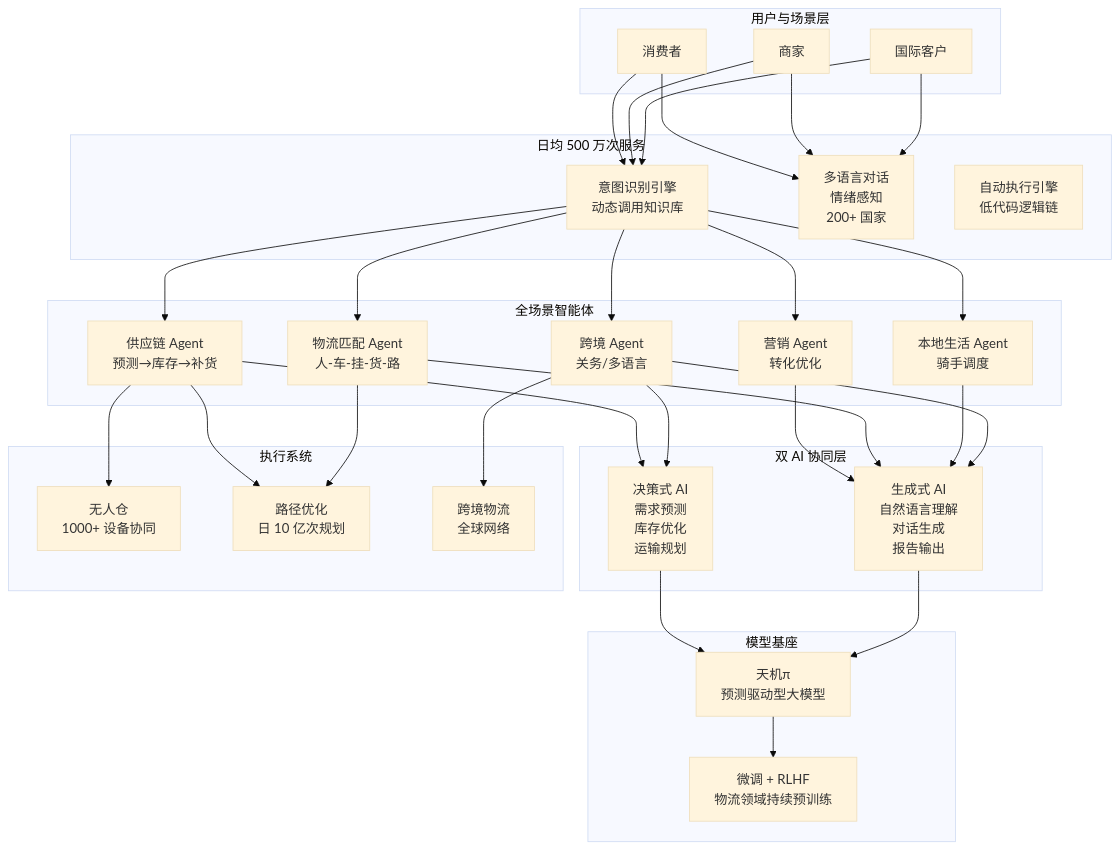
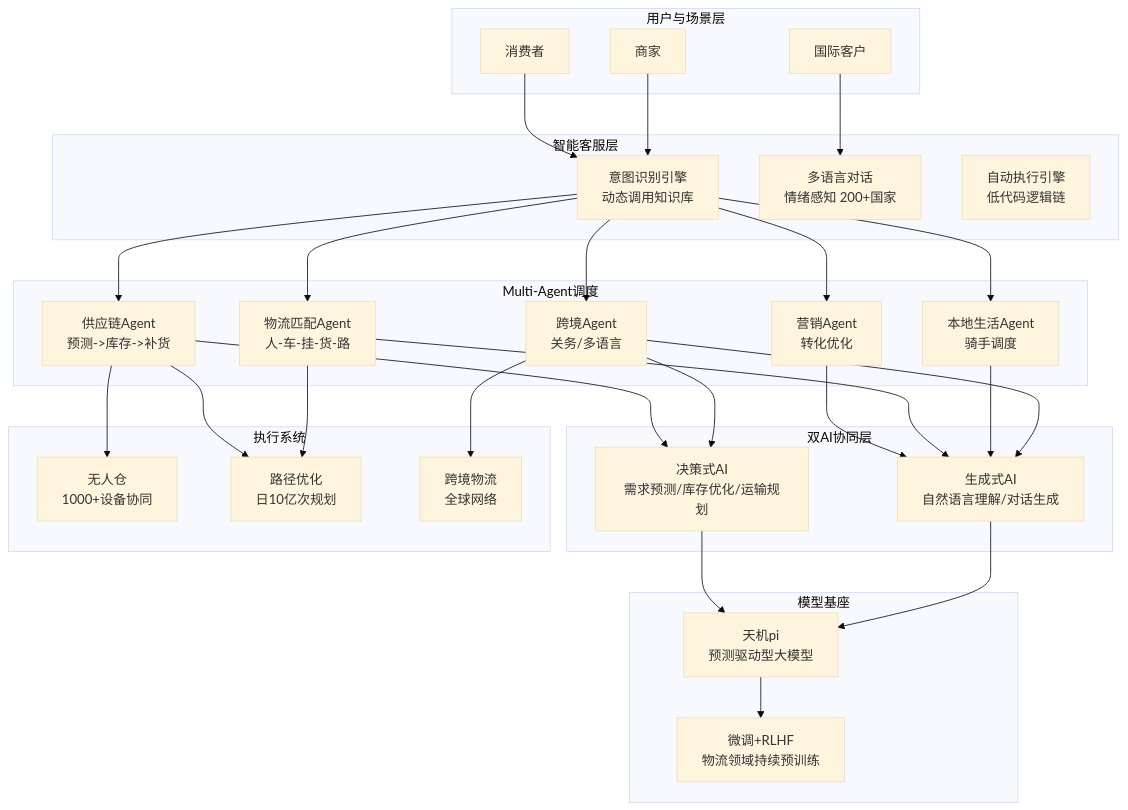
The third of 8 diagrams in 供应链物流智能客服Agent架构图.md (wly-163/grid-qa), drawn with Mermaid (base theme) before and after one commit. The commit also changed other lines of this file, not shown here.

First line of the commit message:
fix: 修复Mermaid图语法-去掉&多目标箭头和emoji

````diff
--- a/供应链物流智能客服Agent架构图.md
+++ b/供应链物流智能客服Agent架构图.md
@@ -146,48 +186,60 @@
 ```mermaid
 flowchart TB
     subgraph 用户与场景层
         CB["消费者"]
         MB["商家"]
         IB["国际客户"]
     end
 
-    subgraph 智能客服层 [日均 500 万次服务]
+    subgraph 智能客服层
         INT["意图识别引擎<br>动态调用知识库"]
-        DIAL["多语言对话<br>情绪感知<br>200+ 国家"]
+        DIAL["多语言对话<br>情绪感知 200+国家"]
         AUTO["自动执行引擎<br>低代码逻辑链"]
     end
 
-    subgraph Multi-Agent 调度 [全场景智能体]
-        SCA["供应链 Agent<br>预测→库存→补货"]
-        MCA["营销 Agent<br>转化优化"]
-        MA["物流匹配 Agent<br>人-车-挂-货-路"]
-        LA["本地生活 Agent<br>骑手调度"]
-        CA["跨境 Agent<br>关务/多语言"]
+    subgraph Multi-Agent调度
+        SCA["供应链Agent<br>预测->库存->补货"]
+        MCA["营销Agent<br>转化优化"]
+        MA["物流匹配Agent<br>人-车-挂-货-路"]
+        LA["本地生活Agent<br>骑手调度"]
+        CA2["跨境Agent<br>关务/多语言"]
     end
 
-    subgraph 双 AI 协同层
-        DA["决策式 AI<br>需求预测<br>库存优化<br>运输规划"]
-        GA["生成式 AI<br>自然语言理解<br>对话生成<br>报告输出"]
+    subgraph 双AI协同层
+        DA["决策式AI<br>需求预测/库存优化/运输规划"]
+        GA["生成式AI<br>自然语言理解/对话生成"]
     end
 
     subgraph 模型基座
-        TJ["天机π<br>预测驱动型大模型"]
-        FT["微调 + RLHF<br>物流领域持续预训练"]
+        TJ["天机pi<br>预测驱动型大模型"]
+        FT["微调+RLHF<br>物流领域持续预训练"]
     end
 
     subgraph 执行系统
-        ROB["无人仓<br>1000+ 设备协同"]
-        ROUT["路径优化<br>日 10 亿次规划"]
+        ROB["无人仓<br>1000+设备协同"]
+        ROUT["路径优化<br>日10亿次规划"]
         CROSS["跨境物流<br>全球网络"]
     end
 
-    CB & MB & IB --> INT & DIAL
-    INT --> SCA & MCA & MA & LA & CA
+    CB --> INT
+    MB --> INT
+    IB --> DIAL
+    INT --> SCA
+    INT --> MCA
+    INT --> MA
+    INT --> LA
+    INT --> CA2
     SCA --> DA
-    MCA & MA & LA --> GA
-    CA --> DA & GA
-    DA & GA --> TJ --> FT
-    SCA --> ROB & ROUT
-    CA --> CROSS
+    MCA --> GA
+    MA --> GA
+    LA --> GA
+    CA2 --> DA
+    CA2 --> GA
+    DA --> TJ
+    GA --> TJ
+    TJ --> FT
+    SCA --> ROB
+    SCA --> ROUT
+    CA2 --> CROSS
     MA --> ROUT
 ```
````
